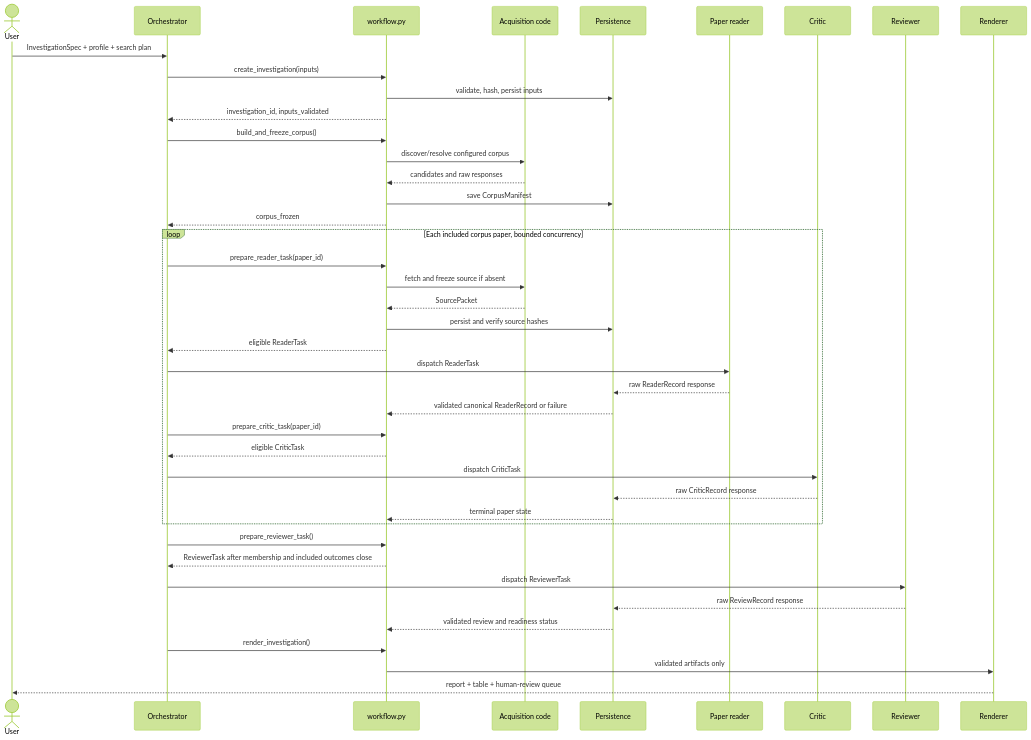
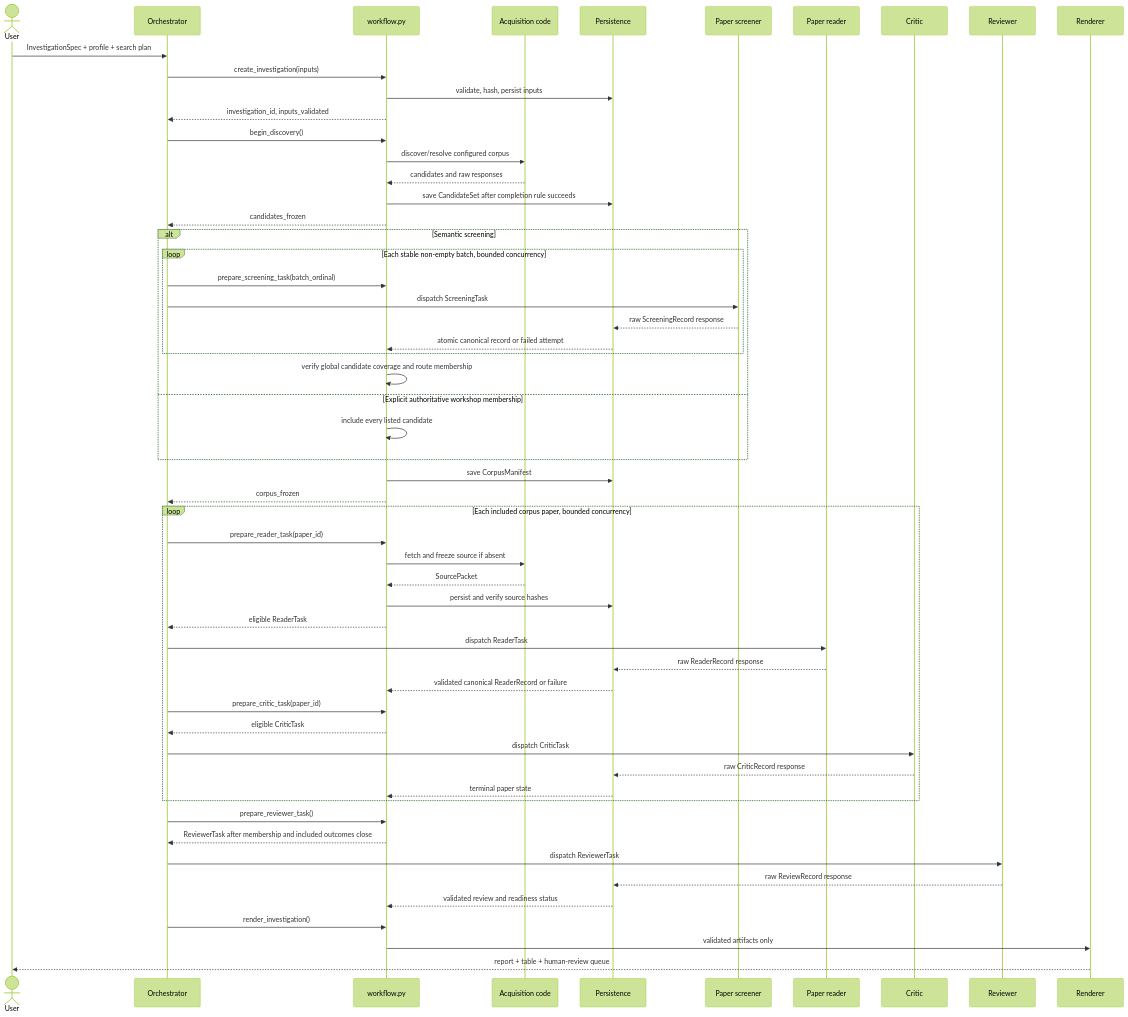
The fifth of 9 diagrams in docs/specs/01-core-investigation-platform.md (seiers24/arxiv-triage), drawn with Mermaid (forest theme) before and after one commit. The commit also changed other lines of this file and 377 other files, not shown here.

````diff
--- a/docs/specs/01-core-investigation-platform.md
+++ b/docs/specs/01-core-investigation-platform.md
@@ -214,47 +243,62 @@
 ```mermaid
 sequenceDiagram
     actor User
     participant O as Orchestrator
     participant W as workflow.py
     participant A as Acquisition code
     participant P as Persistence
+    participant S as Paper screener
     participant R as Paper reader
     participant C as Critic
     participant V as Reviewer
     participant E as Renderer
 
     User->>O: InvestigationSpec + profile + search plan
     O->>W: create_investigation(inputs)
     W->>P: validate, hash, persist inputs
     W-->>O: investigation_id, inputs_validated
-    O->>W: build_and_freeze_corpus()
+    O->>W: begin_discovery()
     W->>A: discover/resolve configured corpus
     A-->>W: candidates and raw responses
+    W->>P: save CandidateSet after completion rule succeeds
+    W-->>O: candidates_frozen
+
+    alt Semantic screening
+        loop Each stable non-empty batch, bounded concurrency
+            O->>W: prepare_screening_task(batch_ordinal)
+            O->>S: dispatch ScreeningTask
+            S-->>P: raw ScreeningRecord response
+            P-->>W: atomic canonical record or failed attempt
+        end
+        W->>W: verify global candidate coverage and route membership
+    else Explicit authoritative workshop membership
+        W->>W: include every listed candidate
+    end
     W->>P: save CorpusManifest
     W-->>O: corpus_frozen
 
     loop Each included corpus paper, bounded concurrency
         O->>W: prepare_reader_task(paper_id)
         W->>A: fetch and freeze source if absent
         A-->>W: SourcePacket
         W->>P: persist and verify source hashes
         W-->>O: eligible ReaderTask
         O->>R: dispatch ReaderTask
         R-->>P: raw ReaderRecord response
         P-->>W: validated canonical ReaderRecord or failure
         O->>W: prepare_critic_task(paper_id)
         W-->>O: eligible CriticTask
         O->>C: dispatch CriticTask
         C-->>P: raw CriticRecord response
         P-->>W: terminal paper state
     end
 
     O->>W: prepare_reviewer_task()
     W-->>O: ReviewerTask after membership and included outcomes close
     O->>V: dispatch ReviewerTask
     V-->>P: raw ReviewRecord response
     P-->>W: validated review and readiness status
     O->>W: render_investigation()
     W->>E: validated artifacts only
     E-->>User: report + table + human-review queue
 ```
````
